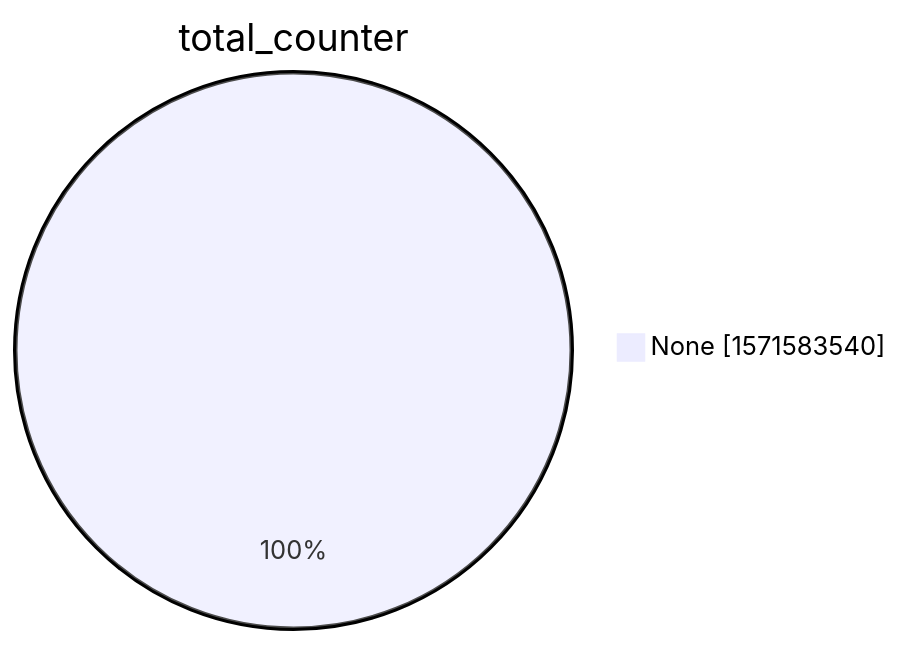
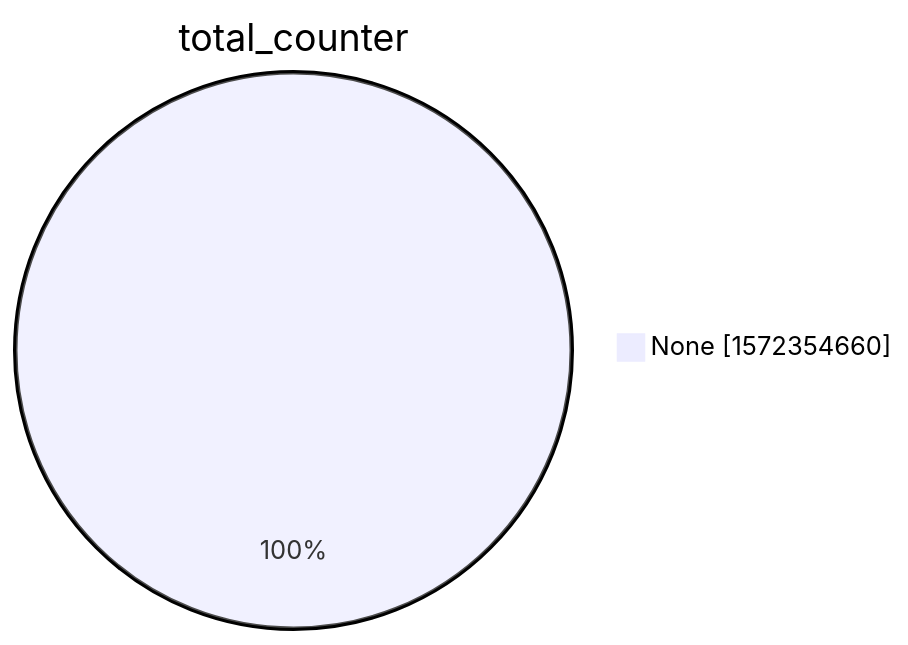
The second of 15 diagrams in xenon2022/README.md (christiankrug/ctmonitor_visualization), drawn with Mermaid before and after one commit. The commit also changed other lines of this file, not shown here.

````diff
--- a/xenon2022/README.md
+++ b/xenon2022/README.md
@@ -9,5 +9,5 @@
 ```mermaid
 pie showData
 title total_counter
-"None" :1571583540
+"None" :1572354660
 ```
````
